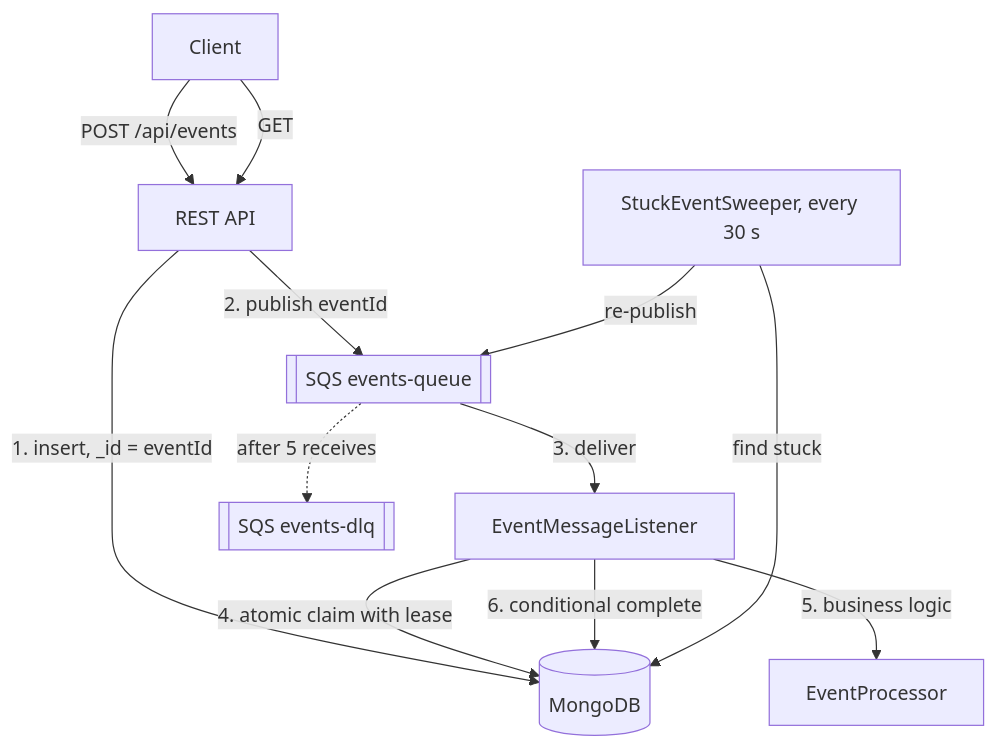
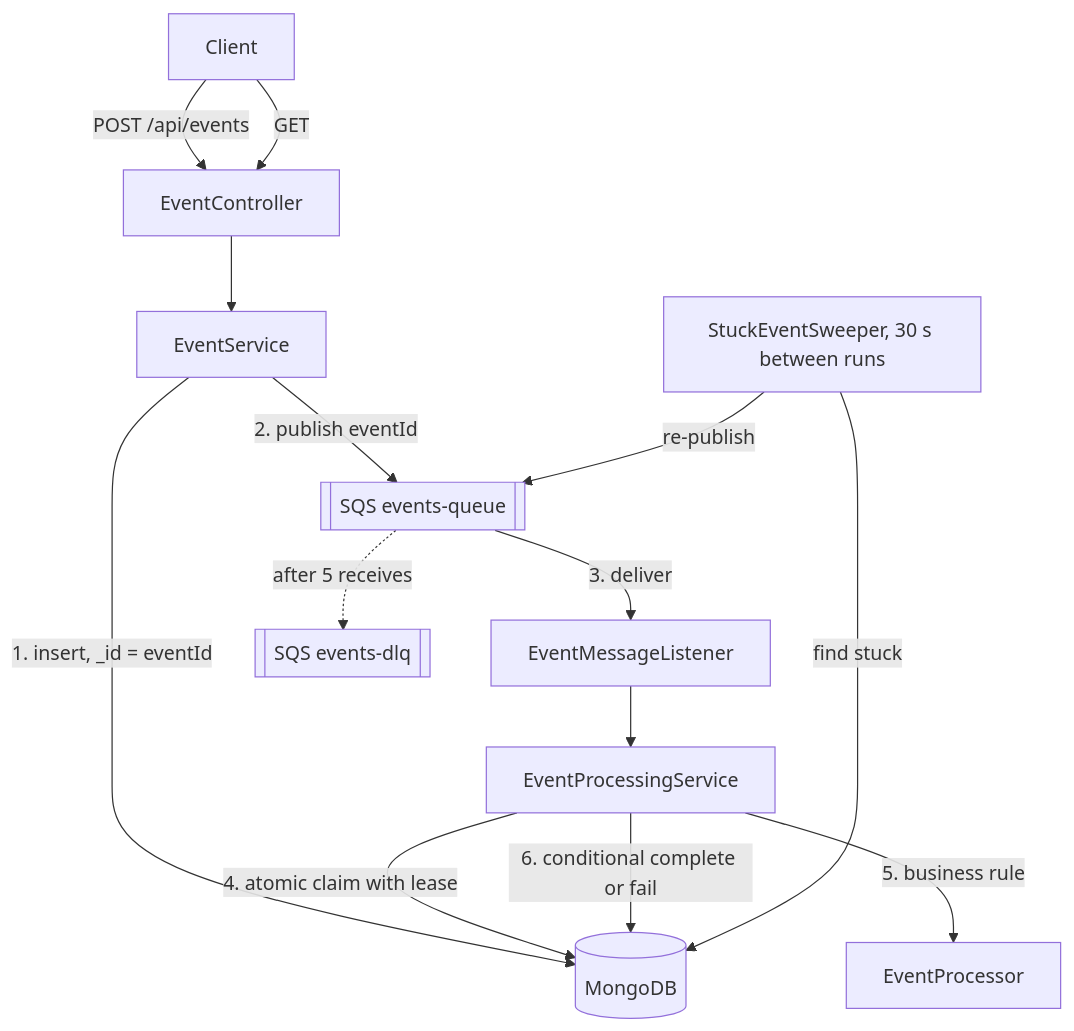
The diagram in ARCHITECTURE.md (GaryShnol/event-processing-service), drawn with Mermaid before and after one commit. The commit also changed other lines of this file and 2 other files, not shown here.

Commit message:
Address doc review: lifecycle, diagram, config, actors in AI_USAGE

````diff
--- a/ARCHITECTURE.md
+++ b/ARCHITECTURE.md
@@ -13,14 +13,16 @@
 ```mermaid
 flowchart TD
-    C[Client] -->|POST /api/events| API[REST API]
+    C[Client] -->|POST /api/events| API[EventController]
     C -->|GET| API
-    API -->|1. insert, _id = eventId| DB[(MongoDB)]
-    API -->|2. publish eventId| Q[[SQS events-queue]]
+    API --> S[EventService]
+    S -->|1. insert, _id = eventId| DB[(MongoDB)]
+    S -->|2. publish eventId| Q[[SQS events-queue]]
     Q -->|3. deliver| L[EventMessageListener]
-    L -->|4. atomic claim with lease| DB
-    L -->|5. business logic| P[EventProcessor]
-    L -->|6. conditional complete| DB
+    L --> PS[EventProcessingService]
+    PS -->|4. atomic claim with lease| DB
+    PS -->|5. business rule| P[EventProcessor]
+    PS -->|6. conditional complete or fail| DB
     Q -.->|after 5 receives| DLQ[[SQS events-dlq]]
-    R[StuckEventSweeper, every 30 s] -->|find stuck| DB
+    R[StuckEventSweeper, 30 s between runs] -->|find stuck| DB
     R -->|re-publish| Q
 ```
````
